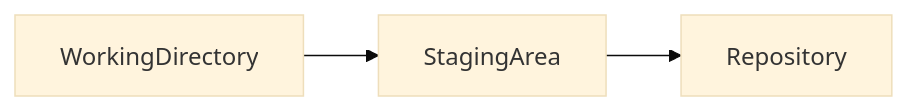
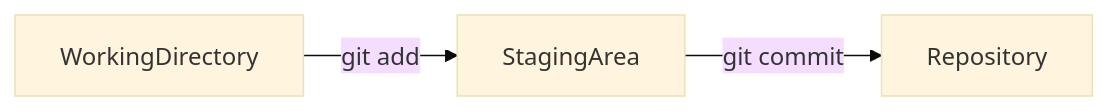
One commit to thenativeweb/temp--git changed the first of 2 diagrams in README.md. Above: the diagram before and after it, drawn with Mermaid (base theme). The commit also changed other lines of this file, not shown here.

Commit message:
Add the first commit to the graph.

````diff
--- a/README.md
+++ b/README.md
@@ -39,5 +39,5 @@
 ```mermaid
 flowchart LR
-  WorkingDirectory --> StagingArea
-  StagingArea --> Repository
+  WorkingDirectory -- git add --> StagingArea
+  StagingArea --git commit--> Repository
 ```
````
